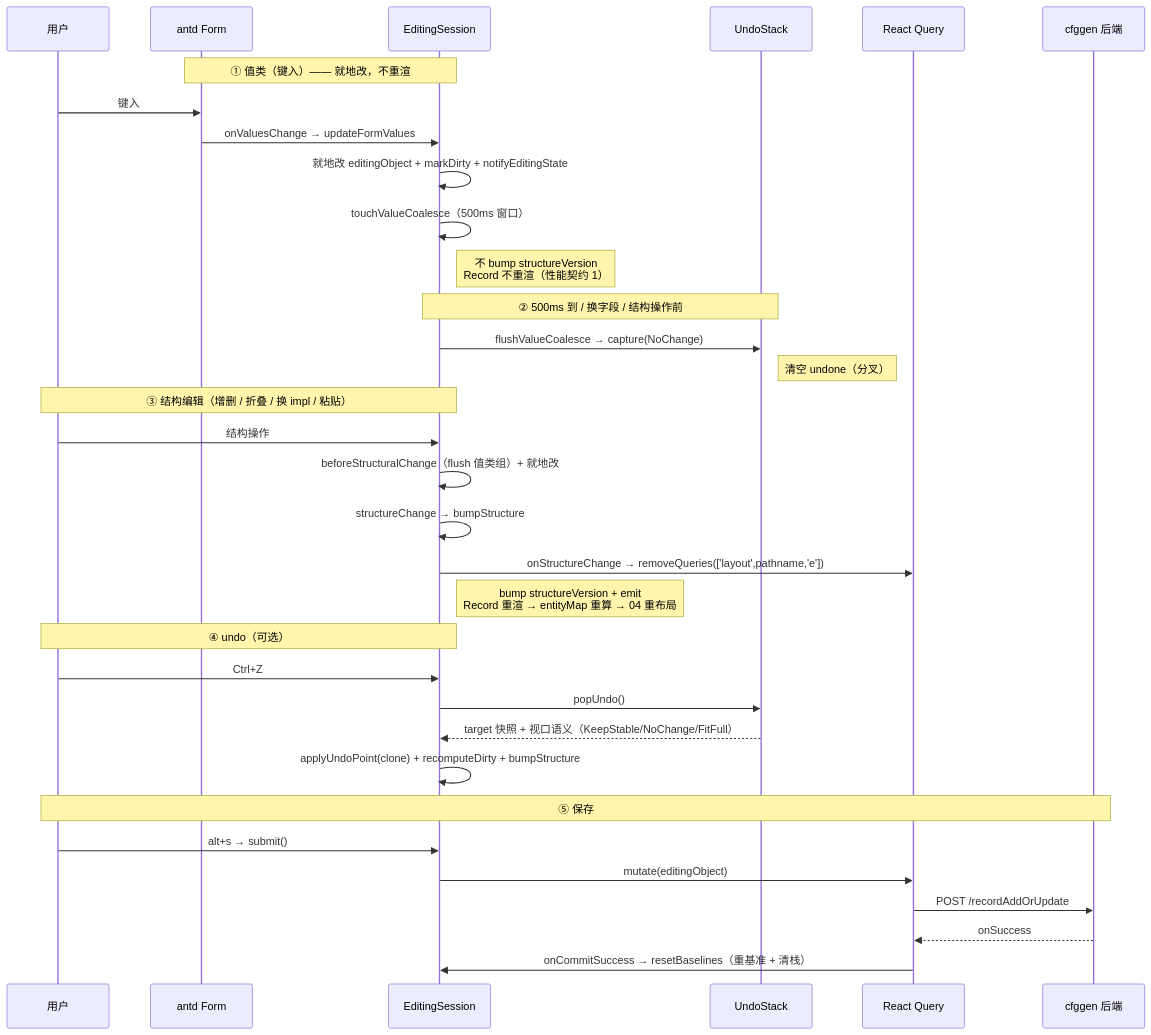
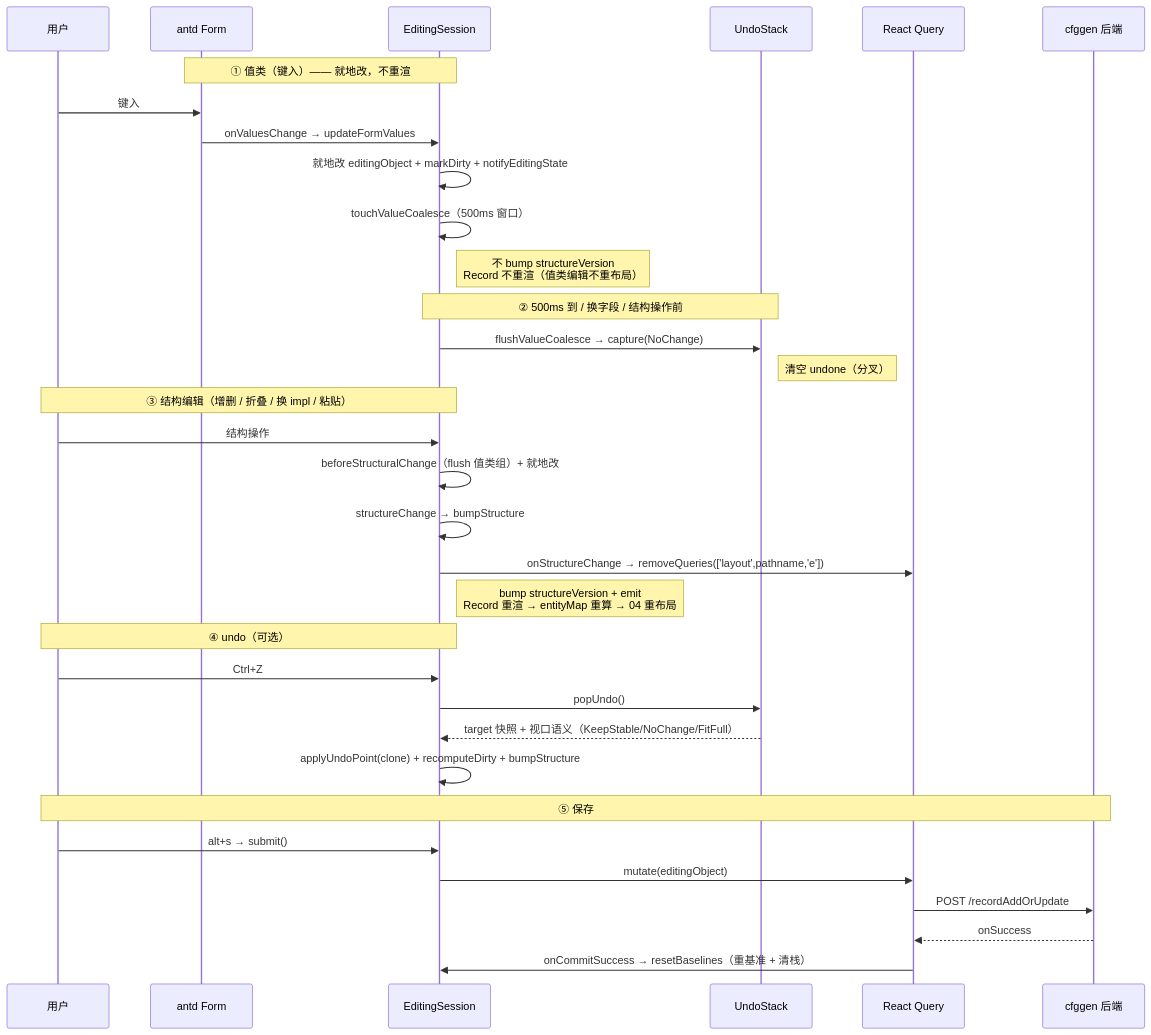
Before and after one commit to stallboy/cfggen: the diagram in cfgeditor/docs/03-editing-session-undo.md, drawn with Mermaid. The commit also changed other lines of this file and 10 other files, not shown here.

````diff
--- a/cfgeditor/docs/03-editing-session-undo.md
+++ b/cfgeditor/docs/03-editing-session-undo.md
@@ -304,40 +293,40 @@
 ```mermaid
 sequenceDiagram
     participant U as 用户
     participant F as antd Form
     participant S as EditingSession
     participant UN as UndoStack
     participant Q as React Query
     participant B as cfggen 后端
 
     Note over F,S: ① 值类（键入）—— 就地改，不重渲
     U->>F: 键入
     F->>S: onValuesChange → updateFormValues
     S->>S: 就地改 editingObject + markDirty + notifyEditingState
     S->>S: touchValueCoalesce（500ms 窗口）
-    Note right of S: 不 bump structureVersion<br/>Record 不重渲（性能契约 1）
+    Note right of S: 不 bump structureVersion<br/>Record 不重渲（值类编辑不重布局）
 
     Note over S,UN: ② 500ms 到 / 换字段 / 结构操作前
     S->>UN: flushValueCoalesce → capture(NoChange)
     Note right of UN: 清空 undone（分叉）
 
     Note over U,S: ③ 结构编辑（增删 / 折叠 / 换 impl / 粘贴）
     U->>S: 结构操作
     S->>S: beforeStructuralChange（flush 值类组）+ 就地改
     S->>S: structureChange → bumpStructure
     S->>Q: onStructureChange → removeQueries(['layout',pathname,'e'])
     Note right of S: bump structureVersion + emit<br/>Record 重渲 → entityMap 重算 → 04 重布局
 
     Note over U,S: ④ undo（可选）
     U->>S: Ctrl+Z
     S->>UN: popUndo()
     UN-->>S: target 快照 + 视口语义（KeepStable/NoChange/FitFull）
     S->>S: applyUndoPoint(clone) + recomputeDirty + bumpStructure
 
     Note over U,B: ⑤ 保存
     U->>S: alt+s → submit()
     S->>Q: mutate(editingObject)
     Q->>B: POST /recordAddOrUpdate
     B-->>Q: onSuccess
     Q->>S: onCommitSuccess → resetBaselines（重基准 + 清栈）
 ```
````
